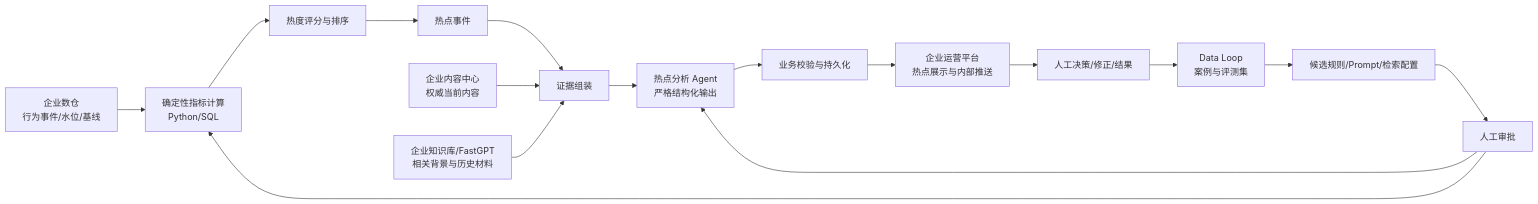
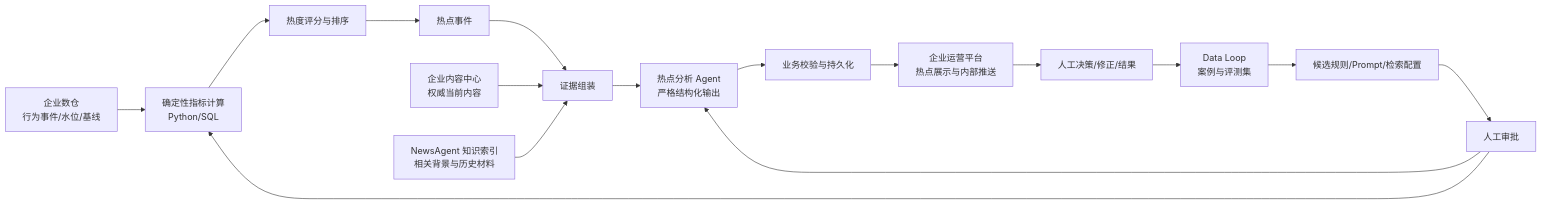
One commit to Richard-Sxy/NewsAgent changed the diagram in DemoMD/BUSINESS_SCENARIO.md. Above: the diagram before and after it, drawn with Mermaid. The commit also changed other lines of this file and 651 other files, not shown here.

````diff
--- a/DemoMD/BUSINESS_SCENARIO.md
+++ b/DemoMD/BUSINESS_SCENARIO.md
@@ -151,18 +152,18 @@
 ```mermaid
 flowchart LR
     A[企业数仓<br/>行为事件/水位/基线] --> B[确定性指标计算<br/>Python/SQL]
     B --> C[热度评分与排序]
     C --> D[热点事件]
     E[企业内容中心<br/>权威当前内容] --> F[证据组装]
-    G[企业知识库/FastGPT<br/>相关背景与历史材料] --> F
+    G[NewsAgent 知识索引<br/>相关背景与历史材料] --> F
     D --> F
     F --> H[热点分析 Agent<br/>严格结构化输出]
     H --> I[业务校验与持久化]
     I --> J[企业运营平台<br/>热点展示与内部推送]
     J --> K[人工决策/修正/结果]
     K --> L[Data Loop<br/>案例与评测集]
     L --> M[候选规则/Prompt/检索配置]
     M --> N[人工审批]
     N --> B
     N --> H
 ```
````
